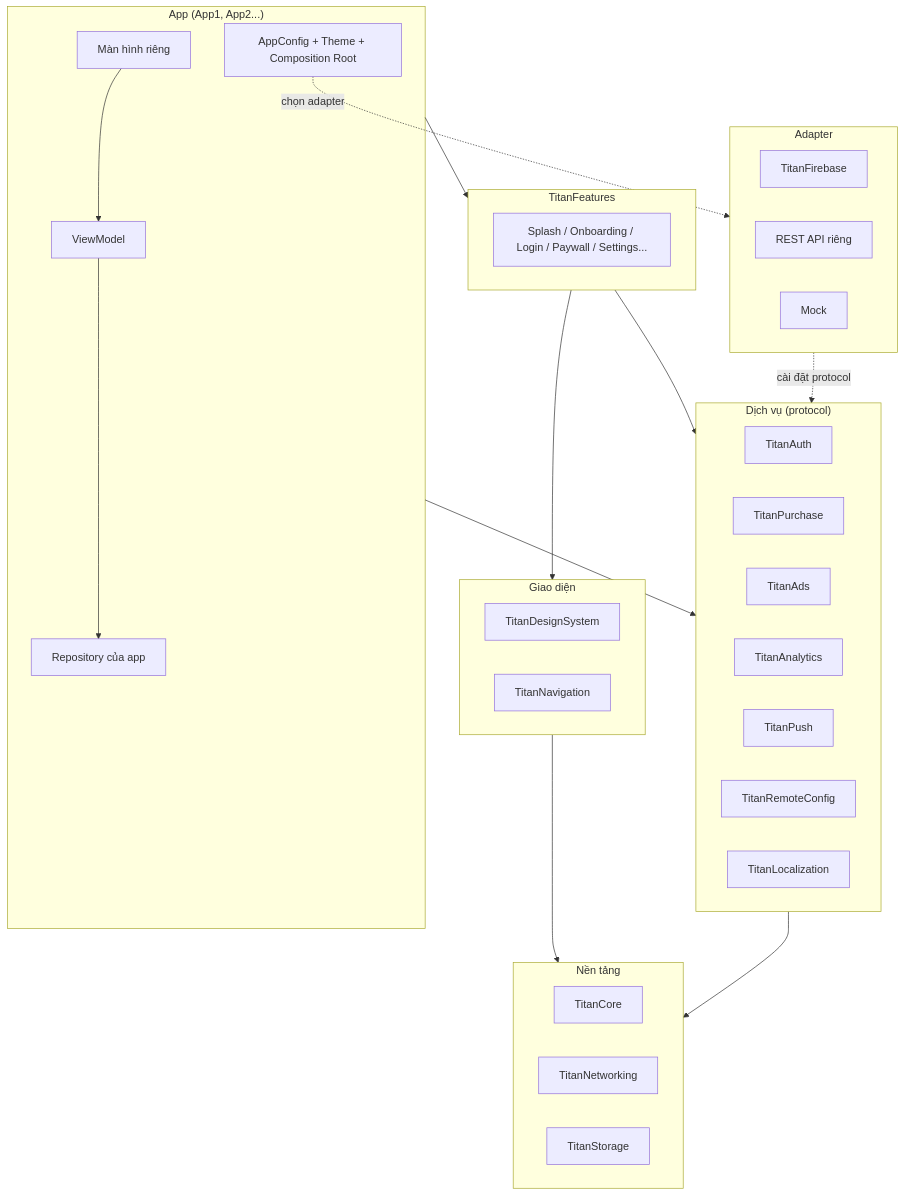
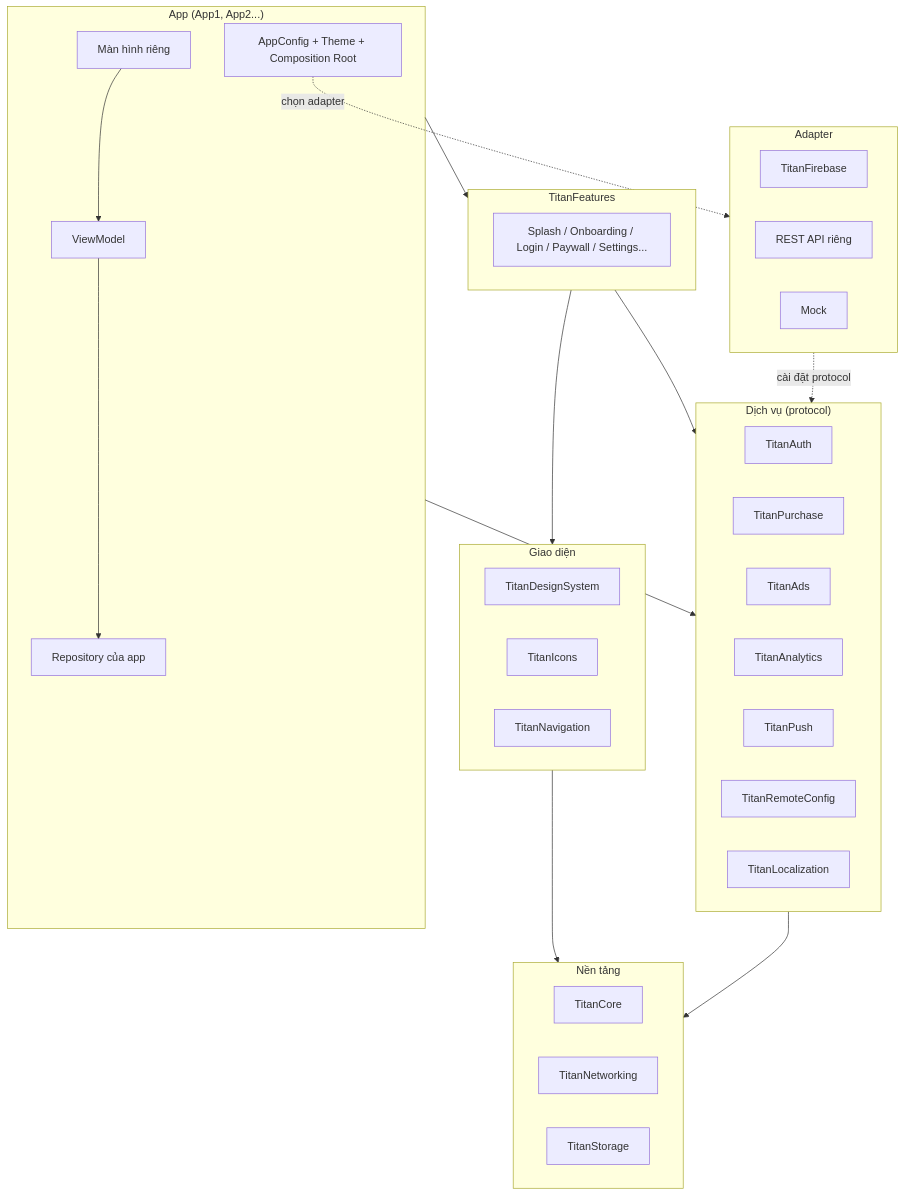
One commit to minhvuhero9/titankit changed the first of 4 diagrams in docs/README.md. Above: the diagram before and after it, drawn with Mermaid. The commit also changed other lines of this file and 429 other files, not shown here.

First line of the commit message:
[Kit] Add TitanIcons and Dolingo artwork from Figma

````diff
--- a/docs/README.md
+++ b/docs/README.md
@@ -35,29 +35,30 @@
 ```mermaid
 flowchart TB
     subgraph APP["App (App1, App2...)"]
         A1[Màn hình riêng] --> A2[ViewModel]
         A2 --> A3[Repository của app]
         AC[AppConfig + Theme + Composition Root]
     end
     subgraph FEAT["TitanFeatures"]
         F1[Splash / Onboarding / Login / Paywall / Settings...]
     end
     subgraph UI["Giao diện"]
         DS[TitanDesignSystem]
+        IC[TitanIcons]
         NAV[TitanNavigation]
     end
     subgraph SVC["Dịch vụ (protocol)"]
         S1[TitanAuth] & S2[TitanPurchase] & S3[TitanAds] & S4[TitanAnalytics] & S5[TitanPush] & S6[TitanRemoteConfig] & S7[TitanLocalization]
     end
     subgraph FOUND["Nền tảng"]
         C[TitanCore] & N[TitanNetworking] & ST[TitanStorage]
     end
     subgraph ADP["Adapter"]
         FB[TitanFirebase] & REST[REST API riêng] & MOCK[Mock]
     end
     APP --> FEAT --> UI --> FOUND
     APP --> SVC --> FOUND
     FEAT --> SVC
     ADP -. cài đặt protocol .-> SVC
     AC -. chọn adapter .-> ADP
 ```
````
